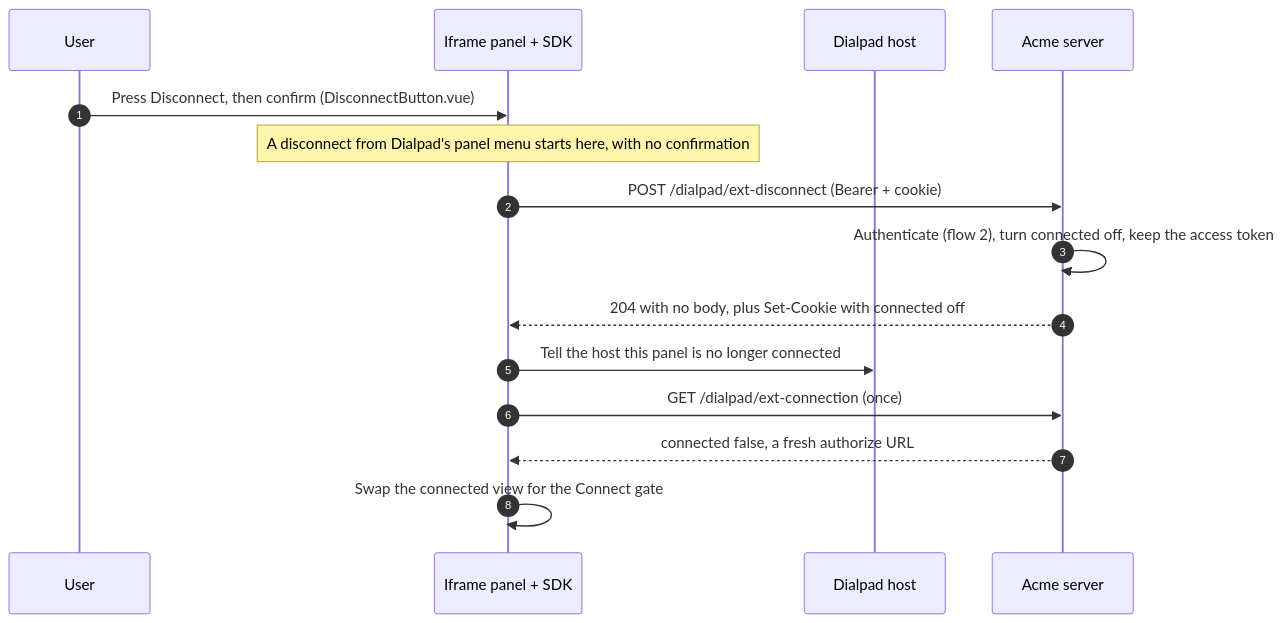
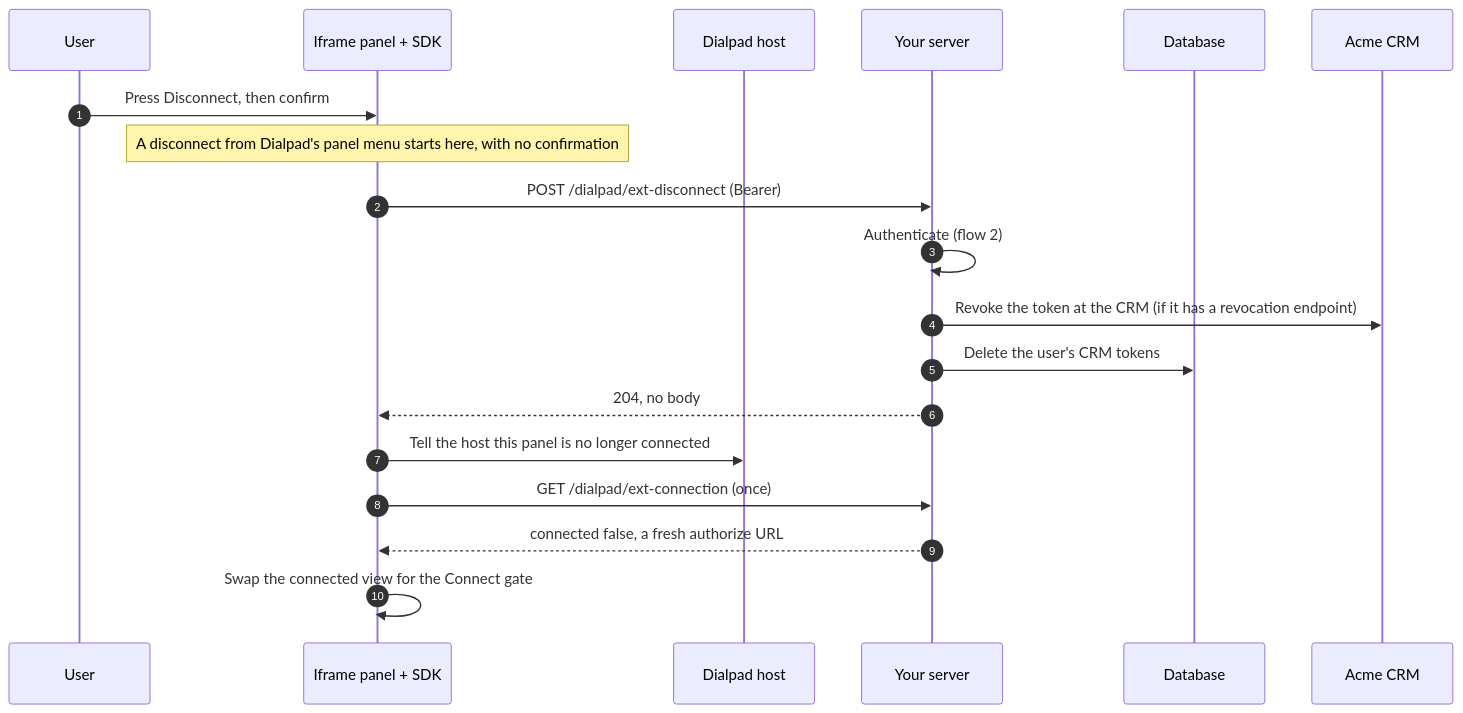
Before and after one commit to dialpad/sample-dialapp-external: the sixth of 12 diagrams in FLOWS.md, drawn with Mermaid. The commit also changed other lines of this file and 2 other files, not shown here.

Commit message:
NO-JIRA: Rewrite FLOWS.md for a real partner app, add server-to-server and webhook flows (docs)

````diff
--- a/FLOWS.md
+++ b/FLOWS.md
@@ -295,18 +250,22 @@
 ```mermaid
 sequenceDiagram
   autonumber
   participant U as User
   participant P as Iframe panel + SDK
   participant D as Dialpad host
-  participant S as Acme server
+  participant S as Your server
+  participant DB as Database
+  participant C as Acme CRM
 
-  U->>P: Press Disconnect, then confirm (DisconnectButton.vue)
+  U->>P: Press Disconnect, then confirm
   Note over P: A disconnect from Dialpad's panel menu starts here, with no confirmation
-  P->>S: POST /dialpad/ext-disconnect (Bearer + cookie)
-  S->>S: Authenticate (flow 2), turn connected off, keep the access token
-  S-->>P: 204 with no body, plus Set-Cookie with connected off
+  P->>S: POST /dialpad/ext-disconnect (Bearer)
+  S->>S: Authenticate (flow 2)
+  S->>C: Revoke the token at the CRM (if it has a revocation endpoint)
+  S->>DB: Delete the user's CRM tokens
+  S-->>P: 204, no body
   P->>D: Tell the host this panel is no longer connected
   P->>S: GET /dialpad/ext-connection (once)
   S-->>P: connected false, a fresh authorize URL
   P->>P: Swap the connected view for the Connect gate
 ```
````
